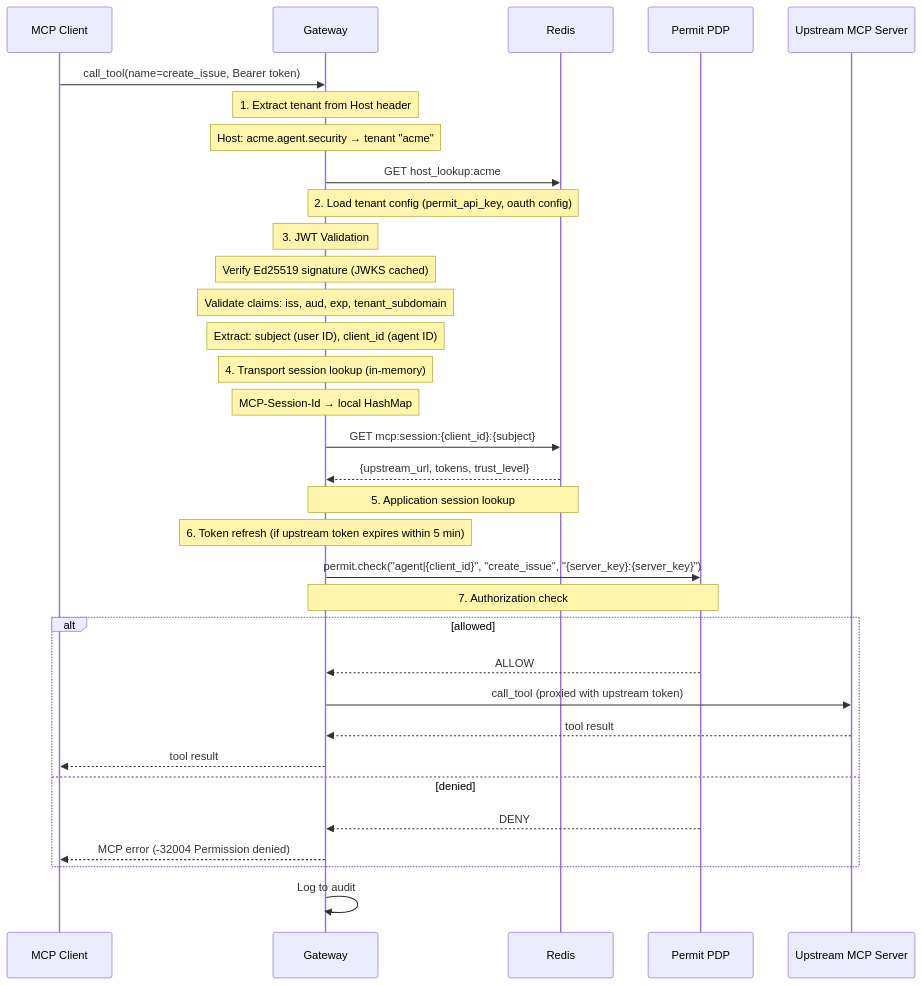
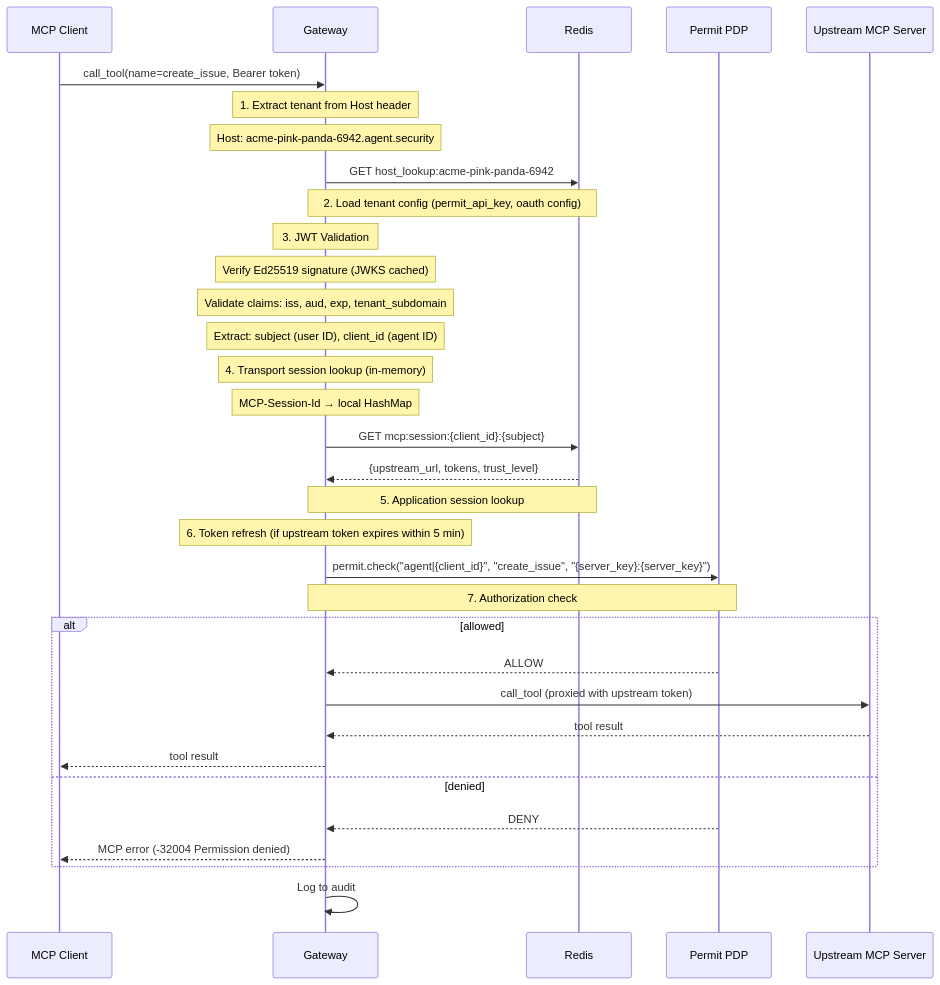
One commit to permitio/docs changed the sixth of 7 diagrams in docs/permit-mcp-gateway/architecture.mdx. Above: the diagram before and after it, drawn with Mermaid. The commit also changed other lines of this file and 5 other files, not shown here.

````diff
--- a/docs/permit-mcp-gateway/architecture.mdx
+++ b/docs/permit-mcp-gateway/architecture.mdx
@@ -306,44 +306,44 @@
 ```mermaid
 sequenceDiagram
     participant C as MCP Client
     participant GW as Gateway
     participant R as Redis
     participant PDP as Permit PDP
     participant Up as Upstream MCP Server
 
     C->>GW: call_tool(name=create_issue, Bearer token)
 
     Note over GW: 1. Extract tenant from Host header
-    Note over GW: Host: acme.agent.security → tenant "acme"
+    Note over GW: Host: acme-pink-panda-6942.agent.security
 
-    GW->>R: GET host_lookup:acme
+    GW->>R: GET host_lookup:acme-pink-panda-6942
     Note over GW,R: 2. Load tenant config (permit_api_key, oauth config)
 
     Note over GW: 3. JWT Validation
     Note over GW: Verify Ed25519 signature (JWKS cached)
     Note over GW: Validate claims: iss, aud, exp, tenant_subdomain
     Note over GW: Extract: subject (user ID), client_id (agent ID)
 
     Note over GW: 4. Transport session lookup (in-memory)
     Note over GW: MCP-Session-Id → local HashMap
 
     GW->>R: GET mcp:session:{client_id}:{subject}
     R-->>GW: {upstream_url, tokens, trust_level}
     Note over GW,R: 5. Application session lookup
 
     Note over GW: 6. Token refresh (if upstream token expires within 5 min)
 
     GW->>PDP: permit.check("agent|{client_id}", "create_issue", "{server_key}:{server_key}")
     Note over GW,PDP: 7. Authorization check
 
     alt allowed
         PDP-->>GW: ALLOW
         GW->>Up: call_tool (proxied with upstream token)
         Up-->>GW: tool result
         GW-->>C: tool result
     else denied
         PDP-->>GW: DENY
         GW-->>C: MCP error (-32004 Permission denied)
     end
     GW->>GW: Log to audit
 ```
````
